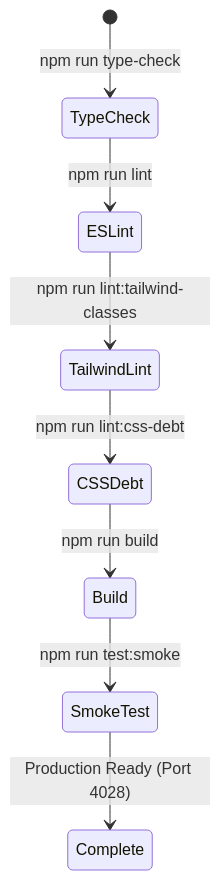
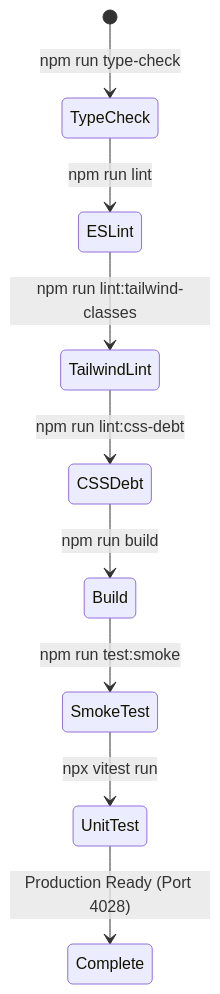
One commit to jacksaybin68/Vietjet changed the third of 3 diagrams in docs/qa/BAO_CAO_KY_THUAT_SAO_CHEP_GIAO_DIEN_VIETJET_2026-11-13.md. Above: the diagram before and after it, drawn with Mermaid. The commit also changed other lines of this file, not shown here.

````diff
--- a/docs/qa/BAO_CAO_KY_THUAT_SAO_CHEP_GIAO_DIEN_VIETJET_2026-11-13.md
+++ b/docs/qa/BAO_CAO_KY_THUAT_SAO_CHEP_GIAO_DIEN_VIETJET_2026-11-13.md
@@ -150,10 +165,11 @@
 ```mermaid
 stateDiagram-v2
     [*] --> TypeCheck: npm run type-check
     TypeCheck --> ESLint: npm run lint
     ESLint --> TailwindLint: npm run lint:tailwind-classes
     TailwindLint --> CSSDebt: npm run lint:css-debt
     CSSDebt --> Build: npm run build
     Build --> SmokeTest: npm run test:smoke
-    SmokeTest --> Complete: Production Ready (Port 4028)
+    SmokeTest --> UnitTest: npx vitest run
+    UnitTest --> Complete: Production Ready (Port 4028)
 ```
````
